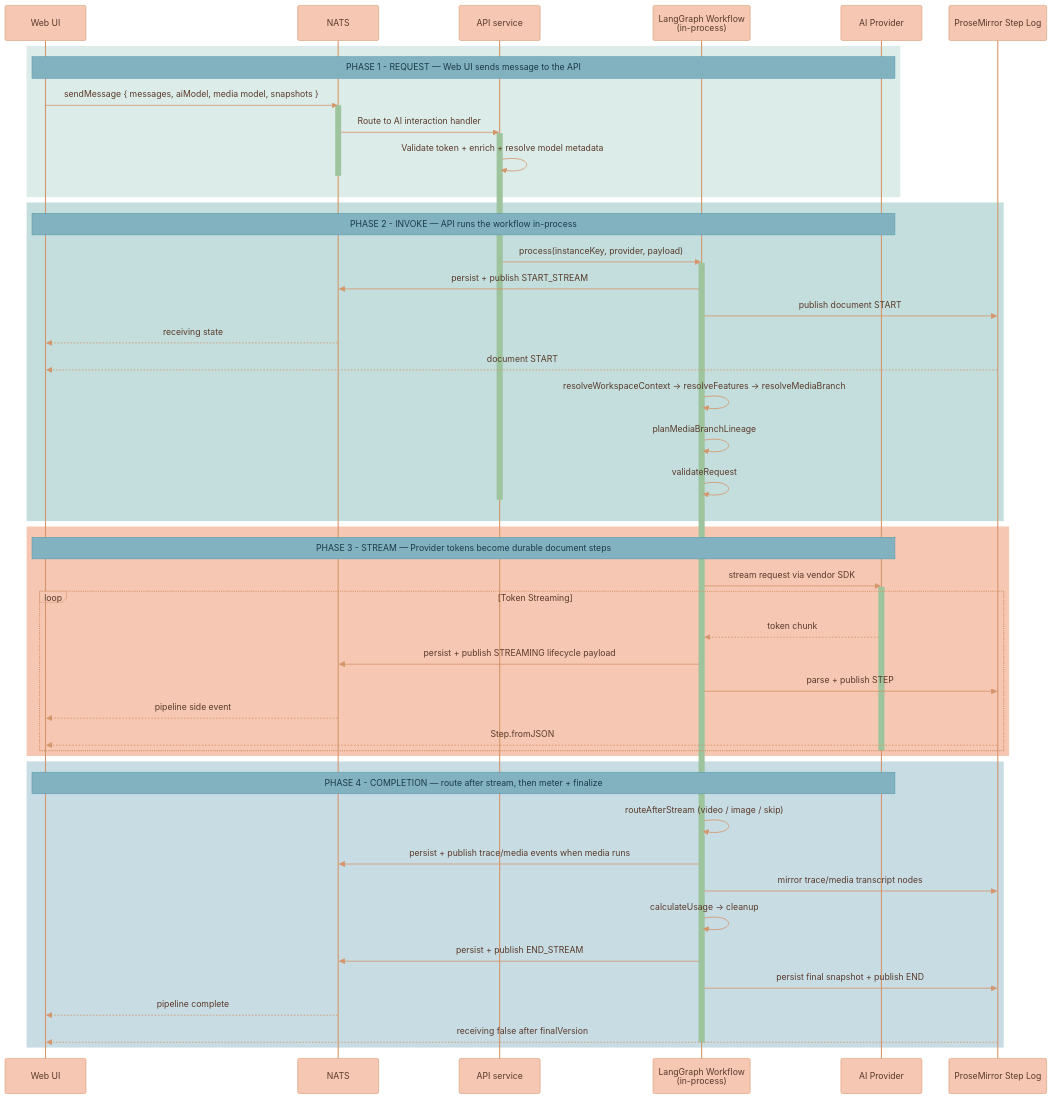
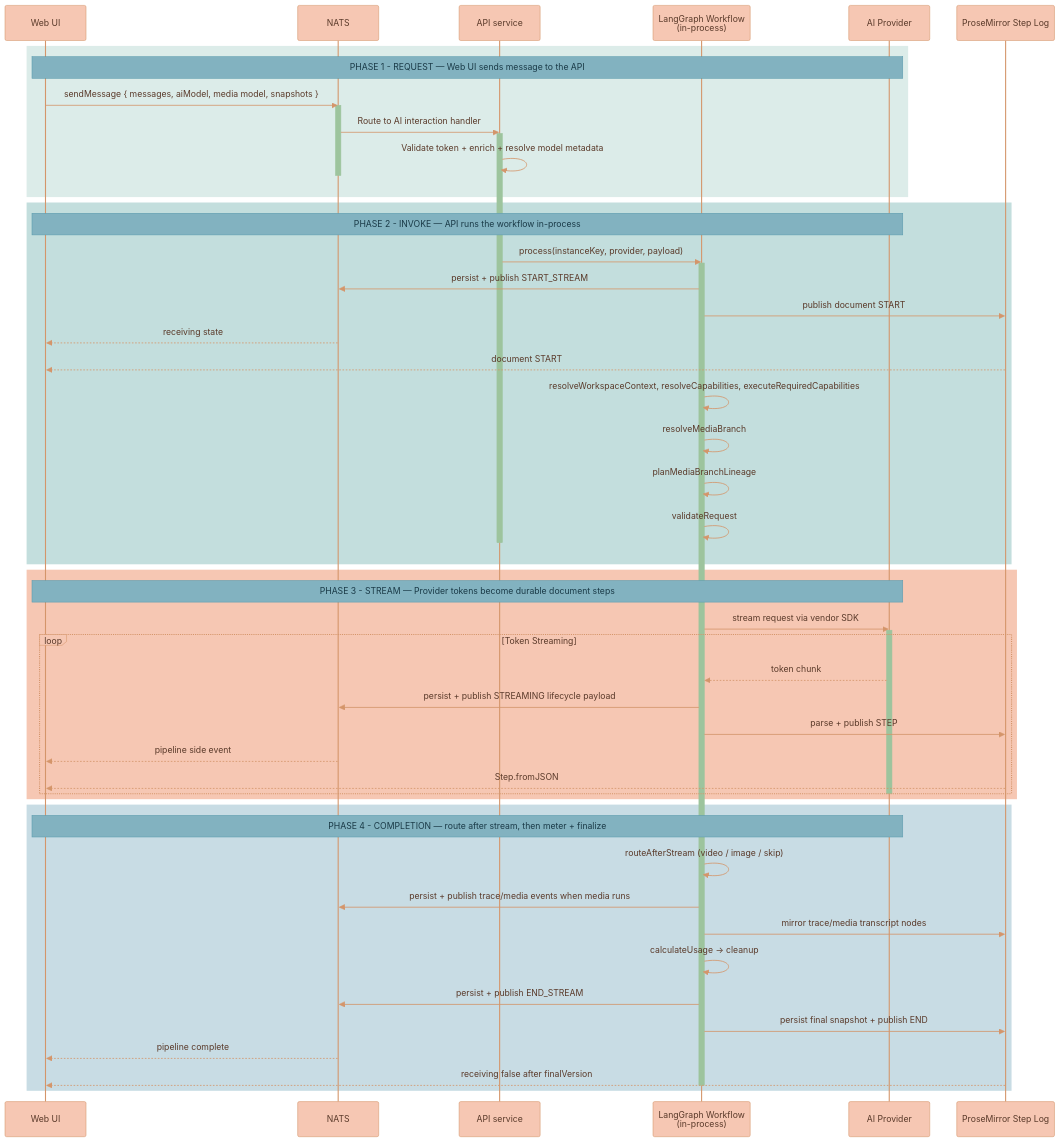
One commit to Lixpi/lixpi changed the third of 3 diagrams in documentation/platform/AI-GENERATION-PIPELINE.md. Above: the diagram before and after it, drawn with Mermaid. The commit also changed other lines of this file and 380 other files, not shown here.

````diff
--- a/documentation/platform/AI-GENERATION-PIPELINE.md
+++ b/documentation/platform/AI-GENERATION-PIPELINE.md
@@ -275,73 +277,74 @@
 ```mermaid
 %%{init: {'theme': 'base', 'themeVariables': { 'noteBkgColor': '#82B2C0', 'noteTextColor': '#1a3a47', 'noteBorderColor': '#5a9aad', 'actorBkg': '#F6C7B3', 'actorBorder': '#d4956a', 'actorTextColor': '#5a3a2a', 'actorLineColor': '#d4956a', 'signalColor': '#d4956a', 'signalTextColor': '#5a3a2a', 'labelBoxBkgColor': '#F6C7B3', 'labelBoxBorderColor': '#d4956a', 'labelTextColor': '#5a3a2a', 'loopTextColor': '#5a3a2a', 'activationBorderColor': '#9DC49D', 'activationBkgColor': '#9DC49D', 'sequenceNumberColor': '#5a3a2a'}}}%%
 sequenceDiagram
     participant WebUI as Web UI
     participant NATS as NATS
     participant API as API service
     participant LLM as LangGraph Workflow<br/>(in-process)
     participant AI as AI Provider
     participant PM as ProseMirror Step Log
 
     %% ═══════════════════════════════════════════════════════════════
     %% PHASE 1: REQUEST
     %% ═══════════════════════════════════════════════════════════════
     rect rgb(220, 236, 233)
         Note over WebUI, AI: PHASE 1 - REQUEST — Web UI sends message to the API
         WebUI->>NATS: sendMessage { messages, aiModel, media model, snapshots }
         activate NATS
         NATS->>API: Route to AI interaction handler
         activate API
         API->>API: Validate token + enrich + resolve model metadata
         deactivate NATS
     end
 
     %% ═══════════════════════════════════════════════════════════════
     %% PHASE 2: INVOKE + PRE-STREAM
     %% ═══════════════════════════════════════════════════════════════
     rect rgb(195, 222, 221)
         Note over WebUI, AI: PHASE 2 - INVOKE — API runs the workflow in-process
         API->>LLM: process(instanceKey, provider, payload)
         activate LLM
         LLM->>NATS: persist + publish START_STREAM
         LLM->>PM: publish document START
         NATS-->>WebUI: receiving state
         PM-->>WebUI: document START
-        LLM->>LLM: resolveWorkspaceContext → resolveFeatures → resolveMediaBranch
+        LLM->>LLM: resolveWorkspaceContext, resolveCapabilities, executeRequiredCapabilities
+        LLM->>LLM: resolveMediaBranch
         LLM->>LLM: planMediaBranchLineage
         LLM->>LLM: validateRequest
         deactivate API
     end
 
     %% ═══════════════════════════════════════════════════════════════
     %% PHASE 3: STREAM
     %% ═══════════════════════════════════════════════════════════════
     rect rgb(246, 199, 179)
         Note over WebUI, AI: PHASE 3 - STREAM — Provider tokens become durable document steps
         LLM->>AI: stream request via vendor SDK
         activate AI
         loop Token Streaming
             AI-->>LLM: token chunk
             LLM->>NATS: persist + publish STREAMING lifecycle payload
             LLM->>PM: parse + publish STEP
             NATS-->>WebUI: pipeline side event
             PM-->>WebUI: Step.fromJSON
         end
         deactivate AI
     end
 
     %% ═══════════════════════════════════════════════════════════════
     %% PHASE 4: COMPLETION
     %% ═══════════════════════════════════════════════════════════════
     rect rgb(200, 220, 228)
         Note over WebUI, AI: PHASE 4 - COMPLETION — route after stream, then meter + finalize
         LLM->>LLM: routeAfterStream (video / image / skip)
         LLM->>NATS: persist + publish trace/media events when media runs
         LLM->>PM: mirror trace/media transcript nodes
         LLM->>LLM: calculateUsage → cleanup
         LLM->>NATS: persist + publish END_STREAM
         LLM->>PM: persist final snapshot + publish END
         NATS-->>WebUI: pipeline complete
         PM-->>WebUI: receiving false after finalVersion
         deactivate LLM
     end
 ```
````
